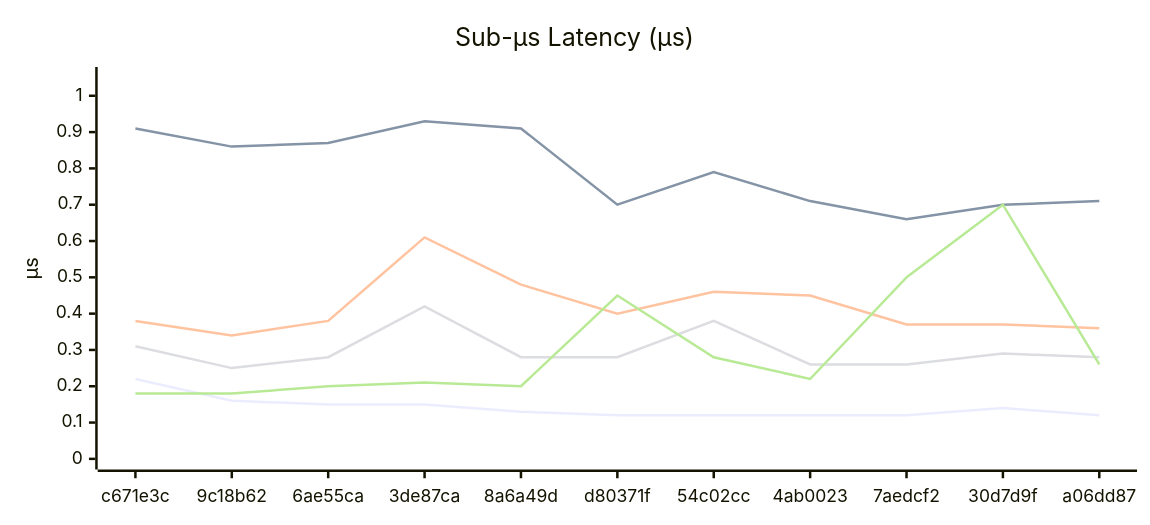
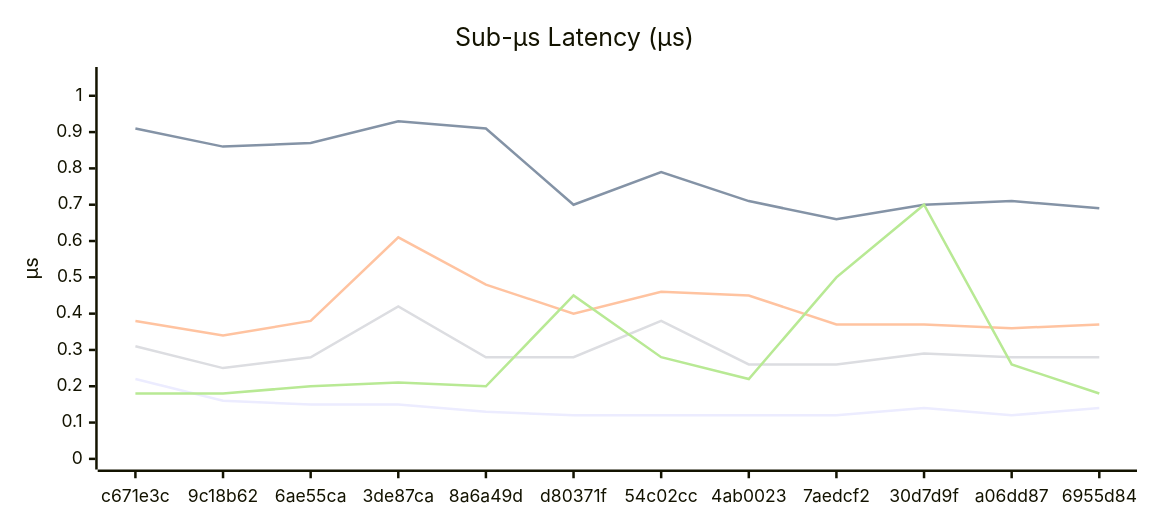
Before and after one commit to Ikolvi/Titan: the second of 6 diagrams in docs/BENCHMARKS.md, drawn with Mermaid. The commit also changed other lines of this file, not shown here.

````diff
--- a/docs/BENCHMARKS.md
+++ b/docs/BENCHMARKS.md
@@ -85,18 +86,18 @@
 ```mermaid
 ---
 config:
     xyChart:
         width: 900
         height: 400
         plotColorPalette: "#4e79a7, #f28e2c, #e15759, #76b7b2, #59a14f, #edc949"
 ---
 xychart-beta
     title "Sub-µs Latency (µs)"
-    x-axis ["c671e3c", "9c18b62", "6ae55ca", "3de87ca", "8a6a49d", "d80371f", "54c02cc", "4ab0023", "7aedcf2", "30d7d9f", "a06dd87"]
+    x-axis ["c671e3c", "9c18b62", "6ae55ca", "3de87ca", "8a6a49d", "d80371f", "54c02cc", "4ab0023", "7aedcf2", "30d7d9f", "a06dd87", "6955d84"]
     y-axis "µs" 0.00 --> 1.05
-    line [0.22, 0.16, 0.15, 0.15, 0.13, 0.12, 0.12, 0.12, 0.12, 0.14, 0.12]
-    line [0.91, 0.86, 0.87, 0.93, 0.91, 0.70, 0.79, 0.71, 0.66, 0.70, 0.71]
-    line [0.38, 0.34, 0.38, 0.61, 0.48, 0.40, 0.46, 0.45, 0.37, 0.37, 0.36]
-    line [0.31, 0.25, 0.28, 0.42, 0.28, 0.28, 0.38, 0.26, 0.26, 0.29, 0.28]
-    line [0.18, 0.18, 0.20, 0.21, 0.20, 0.45, 0.28, 0.22, 0.50, 0.70, 0.26]
+    line [0.22, 0.16, 0.15, 0.15, 0.13, 0.12, 0.12, 0.12, 0.12, 0.14, 0.12, 0.14]
+    line [0.91, 0.86, 0.87, 0.93, 0.91, 0.70, 0.79, 0.71, 0.66, 0.70, 0.71, 0.69]
+    line [0.38, 0.34, 0.38, 0.61, 0.48, 0.40, 0.46, 0.45, 0.37, 0.37, 0.36, 0.37]
+    line [0.31, 0.25, 0.28, 0.42, 0.28, 0.28, 0.38, 0.26, 0.26, 0.29, 0.28, 0.28]
+    line [0.18, 0.18, 0.20, 0.21, 0.20, 0.45, 0.28, 0.22, 0.50, 0.70, 0.26, 0.18]
 ```
````
